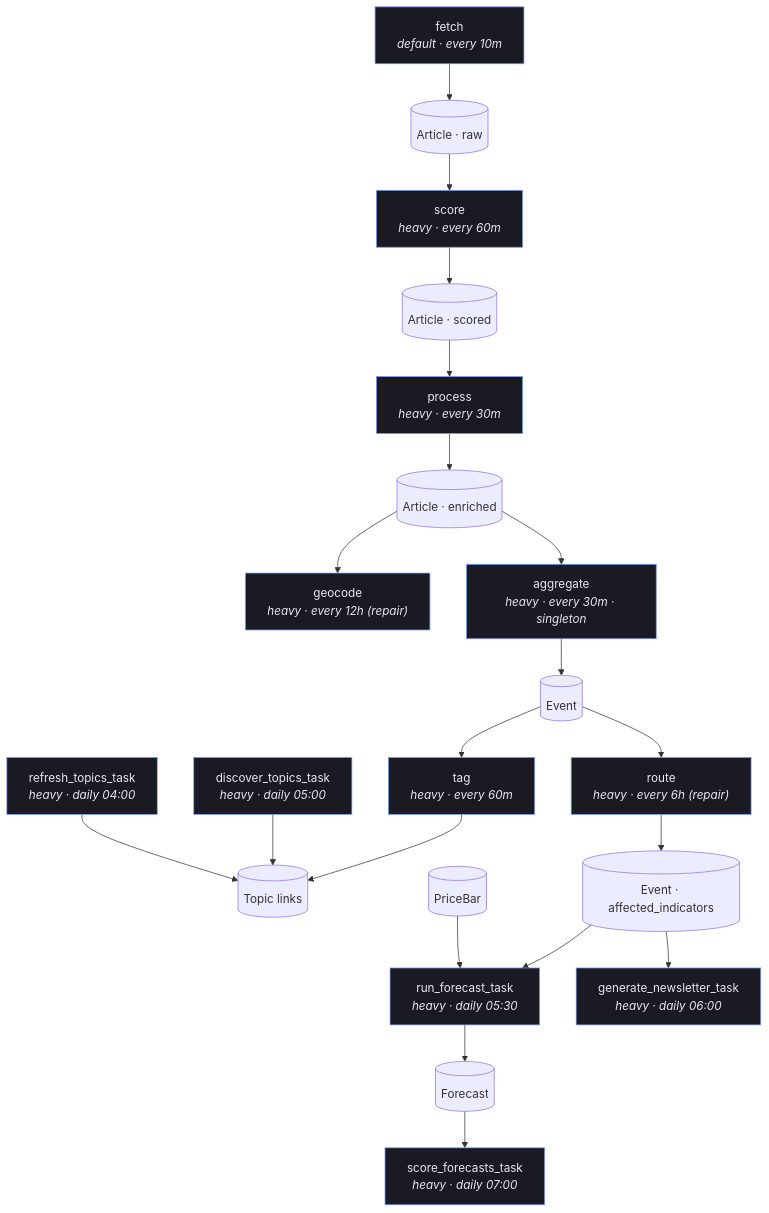
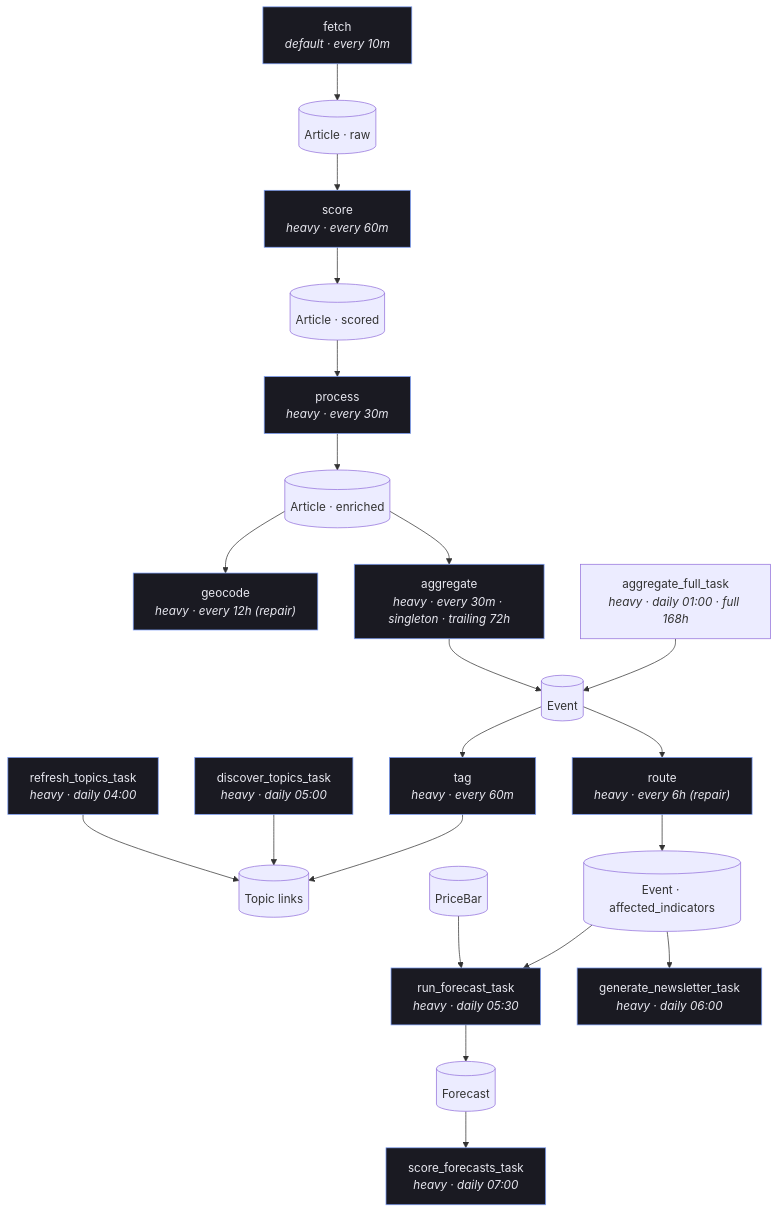
One commit to jameelhamdan/event-horizon changed the first of 2 diagrams in docs/pipeline.md. Above: the diagram before and after it, drawn with Mermaid. The commit also changed other lines of this file and 2 other files, not shown here.

First line of the commit message:
docs: refresh for pyproject, aggregate window, and NOTAM

````diff
--- a/docs/pipeline.md
+++ b/docs/pipeline.md
@@ -31,25 +31,26 @@
 ```mermaid
 flowchart TD
     F["fetch<br/><i>default · every 10m</i>"] --> A0[(Article · raw)]
     A0 --> SC["score<br/><i>heavy · every 60m</i>"]
     SC --> A1[(Article · scored)]
     A1 --> P["process<br/><i>heavy · every 30m</i>"]
     P --> A2[(Article · enriched)]
     A2 --> GC["geocode<br/><i>heavy · every 12h (repair)</i>"]
-    A2 --> AG["aggregate<br/><i>heavy · every 30m · singleton</i>"]
+    A2 --> AG["aggregate<br/><i>heavy · every 30m · singleton · trailing 72h</i>"]
+    AF["aggregate_full_task<br/><i>heavy · daily 01:00 · full 168h</i>"] --> E
     AG --> E[(Event)]
     E --> T["tag<br/><i>heavy · every 60m</i>"]
     E --> RE["route<br/><i>heavy · every 6h (repair)</i>"]
     T --> TL[(Topic links)]
     RE --> EI[(Event · affected_indicators)]
     DT["discover_topics_task<br/><i>heavy · daily 05:00</i>"] --> TL
     RT["refresh_topics_task<br/><i>heavy · daily 04:00</i>"] --> TL
     EI --> RF["run_forecast_task<br/><i>heavy · daily 05:30</i>"]
     PB[(PriceBar)] --> RF
     RF --> FC[(Forecast)]
     FC --> SF["score_forecasts_task<br/><i>heavy · daily 07:00</i>"]
     EI --> GN["generate_newsletter_task<br/><i>heavy · daily 06:00</i>"]
 
     classDef q fill:#1a1a22,stroke:#7c9ef8,color:#e8e8f0;
     class F,SC,P,GC,AG,T,RE,DT,RT,RF,SF,GN q;
 ```
````
